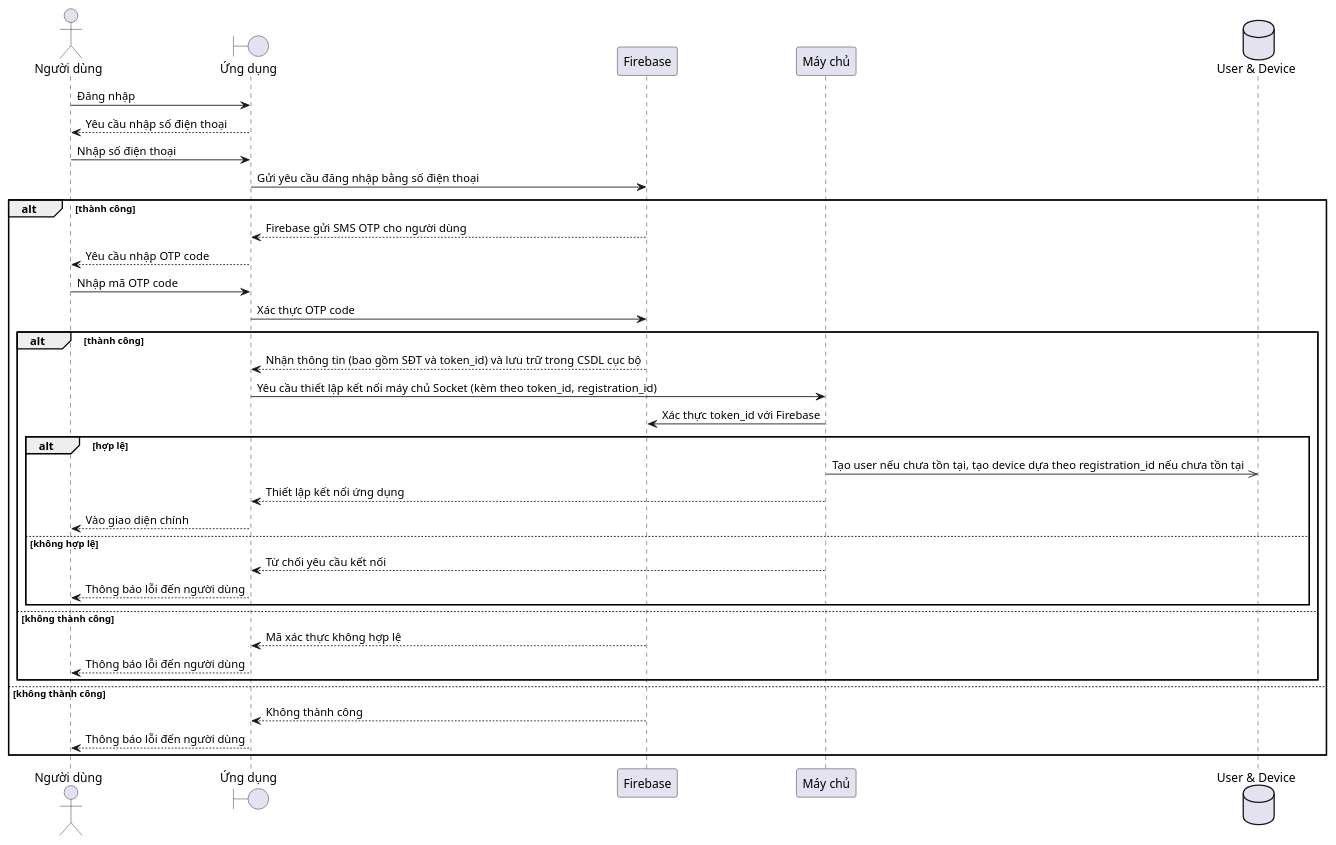
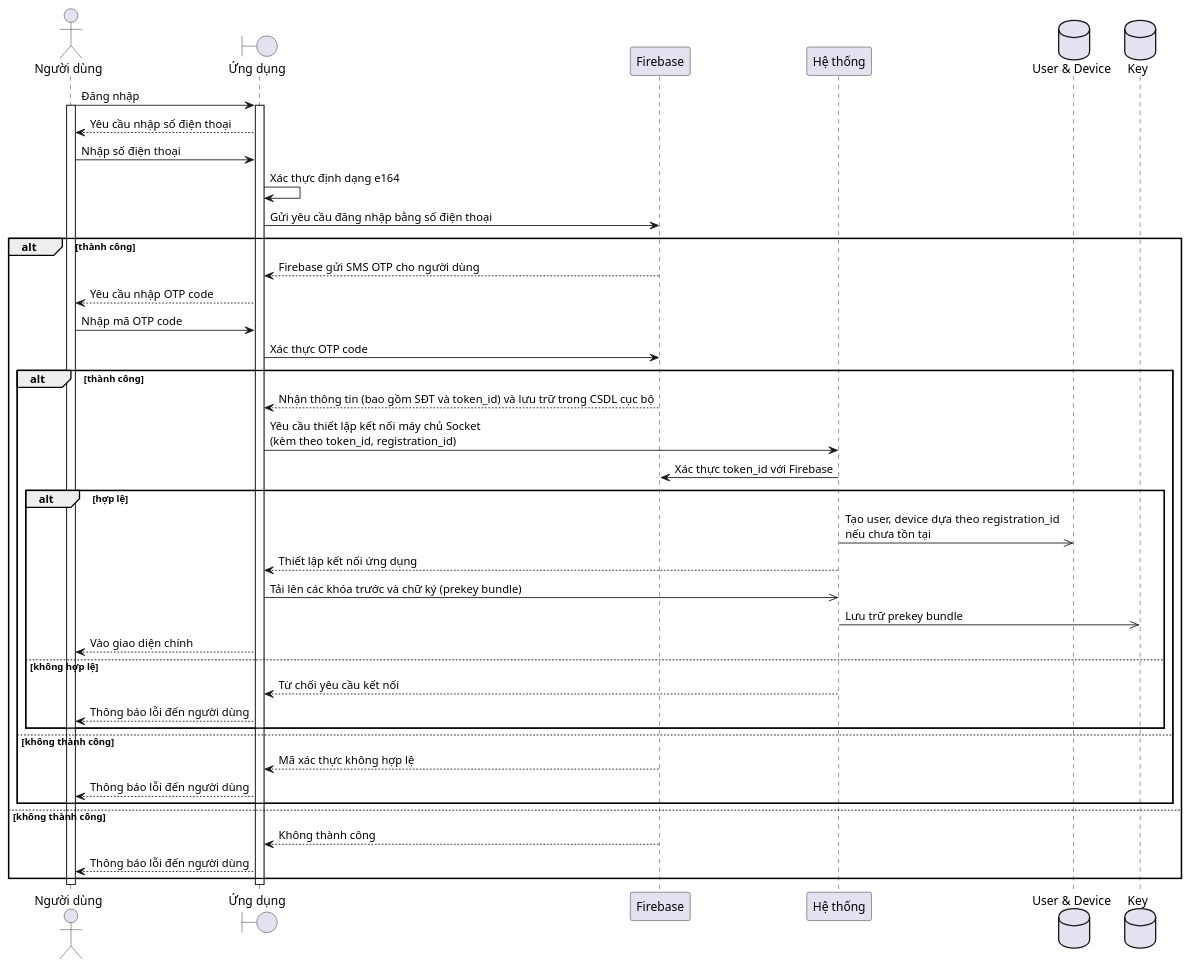
Before and after one commit to shhh-cat/Blackat_UML: the diagram in Sequence Diagram/Login.pu, drawn with PlantUML. The commit also changed 3 other files, not shown here.

```diff
--- a/Sequence Diagram/Login.pu
+++ b/Sequence Diagram/Login.pu
@@ -1,40 +1,47 @@
 @startuml
 
 actor "Người dùng" as user
 boundary "Ứng dụng" as app
 participant Firebase as firebase
-participant "Máy chủ" as server
+participant "Hệ thống" as server
 database "User & Device" as db
+database "Key" as key
 
 user -> app: Đăng nhập
+activate app
+activate user
 user <-- app: Yêu cầu nhập số điện thoại
 user -> app: Nhập số điện thoại
+app -> app: Xác thực định dạng e164
 app -> firebase: Gửi yêu cầu đăng nhập bằng số điện thoại
 alt thành công
     app <-- firebase: Firebase gửi SMS OTP cho người dùng
     user <-- app: Yêu cầu nhập OTP code
     user -> app: Nhập mã OTP code
     app -> firebase: Xác thực OTP code
     alt thành công
         app <-- firebase: Nhận thông tin (bao gồm SĐT và token_id) và lưu trữ trong CSDL cục bộ
-        app -> server: Yêu cầu thiết lập kết nối máy chủ Socket (kèm theo token_id, registration_id)
+        app -> server: Yêu cầu thiết lập kết nối máy chủ Socket\n(kèm theo token_id, registration_id)
         server -> firebase: Xác thực token_id với Firebase
         alt hợp lệ
-            server ->> db: Tạo user nếu chưa tồn tại, tạo device dựa theo registration_id nếu chưa tồn tại
+            server ->> db: Tạo user, device dựa theo registration_id\nnếu chưa tồn tại
             app <-- server: Thiết lập kết nối ứng dụng
+            app ->> server: Tải lên các khóa trước và chữ ký (prekey bundle)
+            server ->> key: Lưu trữ prekey bundle
             user <-- app: Vào giao diện chính
         else không hợp lệ
             app <-- server: Từ chối yêu cầu kết nối
             user <-- app: Thông báo lỗi đến người dùng
         end
     else không thành công
         app <-- firebase: Mã xác thực không hợp lệ
         user <-- app: Thông báo lỗi đến người dùng
     end
 else không thành công
     app <-- firebase: Không thành công
     user <-- app: Thông báo lỗi đến người dùng
 end
-
+deactivate app
+deactivate user
 
 @enduml
```
